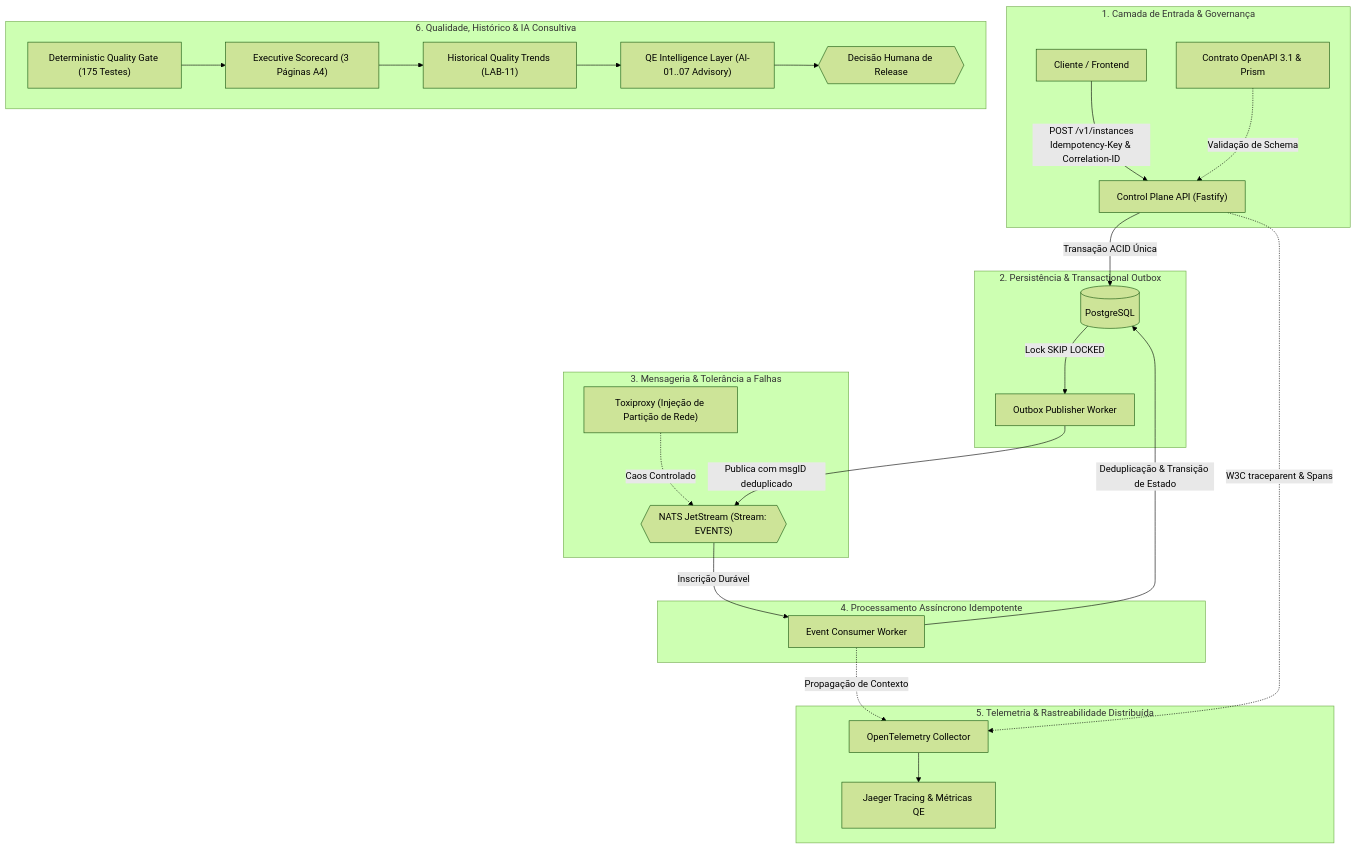
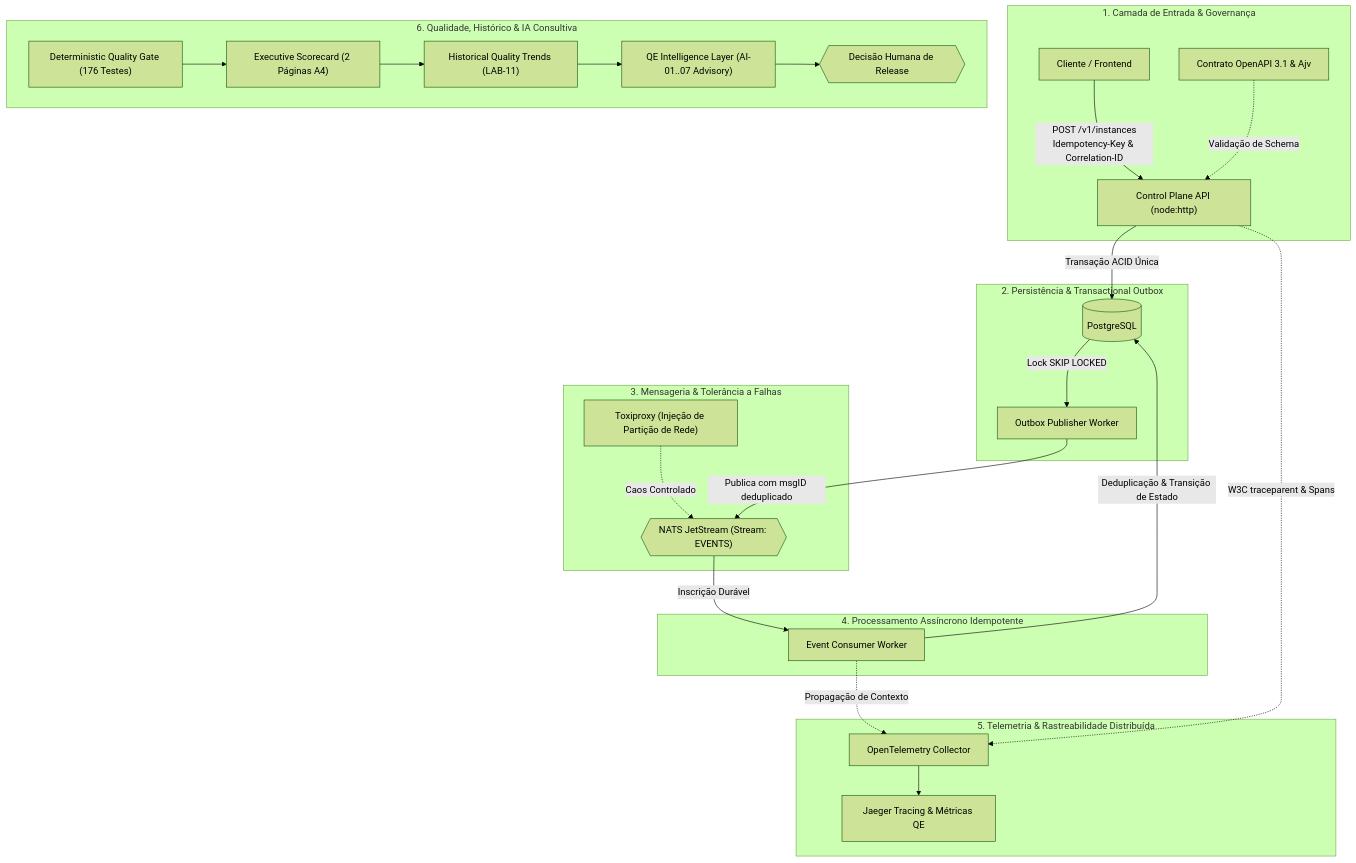
Before and after one commit to carlosesmoreira07/totvs-cloud-qe-lab: the diagram in README.md, drawn with Mermaid (forest theme). The commit also changed other lines of this file and 25 other files, not shown here.

````diff
--- a/README.md
+++ b/README.md
@@ -37,35 +37,35 @@
 ```mermaid
 flowchart TD
     subgraph ClientLayer ["1. Camada de Entrada & Governança"]
-        CLI["Cliente / Frontend"] -->|POST /v1/instances<br>Idempotency-Key & Correlation-ID| API["Control Plane API (Fastify)"]
-        PRISM["Contrato OpenAPI 3.1 & Prism"] -.->|Validação de Schema| API
+        CLI["Cliente / Frontend"] -->|POST /v1/instances<br>Idempotency-Key & Correlation-ID| API["Control Plane API (node:http)"]
+        CONTRACT["Contrato OpenAPI 3.1 & Ajv"] -.->|Validação de Schema| API
     end
 
     subgraph DataLayer ["2. Persistência & Transactional Outbox"]
         API -->|Transação ACID Única| PG[("PostgreSQL")]
         PG -->|Lock SKIP LOCKED| PUB["Outbox Publisher Worker"]
     end
 
     subgraph MessagingLayer ["3. Mensageria & Tolerância a Falhas"]
         PUB -->|Publica com msgID deduplicado| NATS{{"NATS JetStream (Stream: EVENTS)"}}
         TOXI["Toxiproxy (Injeção de Partição de Rede)"] -.->|Caos Controlado| NATS
     end
 
     subgraph ConsumerLayer ["4. Processamento Assíncrono Idempotente"]
         NATS -->|Inscrição Durável| CONS["Event Consumer Worker"]
         CONS -->|Deduplicação & Transição de Estado| PG
     end
 
     subgraph ObservabilityLayer ["5. Telemetria & Rastreabilidade Distribuída"]
         API -.->|W3C traceparent & Spans| OTEL["OpenTelemetry Collector"]
         CONS -.->|Propagação de Contexto| OTEL
         OTEL --> JAEGER["Jaeger Tracing & Métricas QE"]
     end
 
     subgraph QualityGovernance ["6. Qualidade, Histórico & IA Consultiva"]
-        GATE["Deterministic Quality Gate (175 Testes)"] --> SCORE["Executive Scorecard (3 Páginas A4)"]
+        GATE["Deterministic Quality Gate (176 Testes)"] --> SCORE["Executive Scorecard (2 Páginas A4)"]
         SCORE --> TRENDS["Historical Quality Trends (LAB-11)"]
         TRENDS --> AI["QE Intelligence Layer (AI-01..07 Advisory)"]
         AI --> HUMAN{{"Decisão Humana de Release"}}
     end
 ```
````
